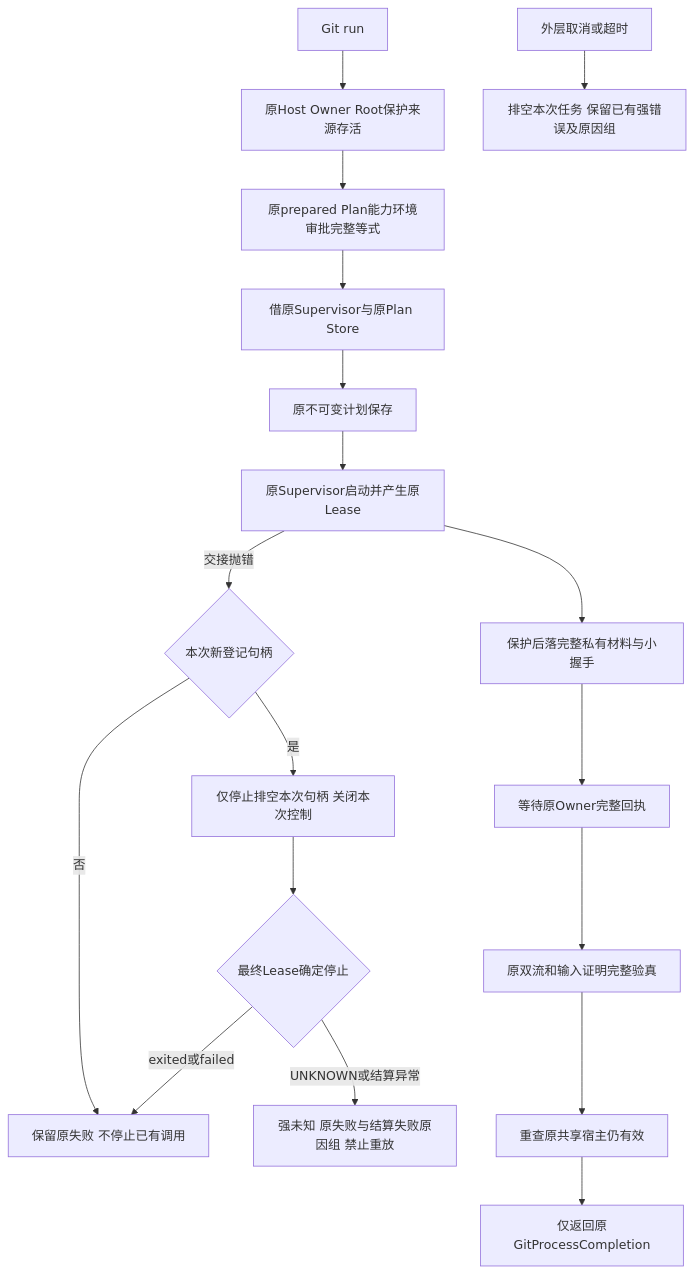
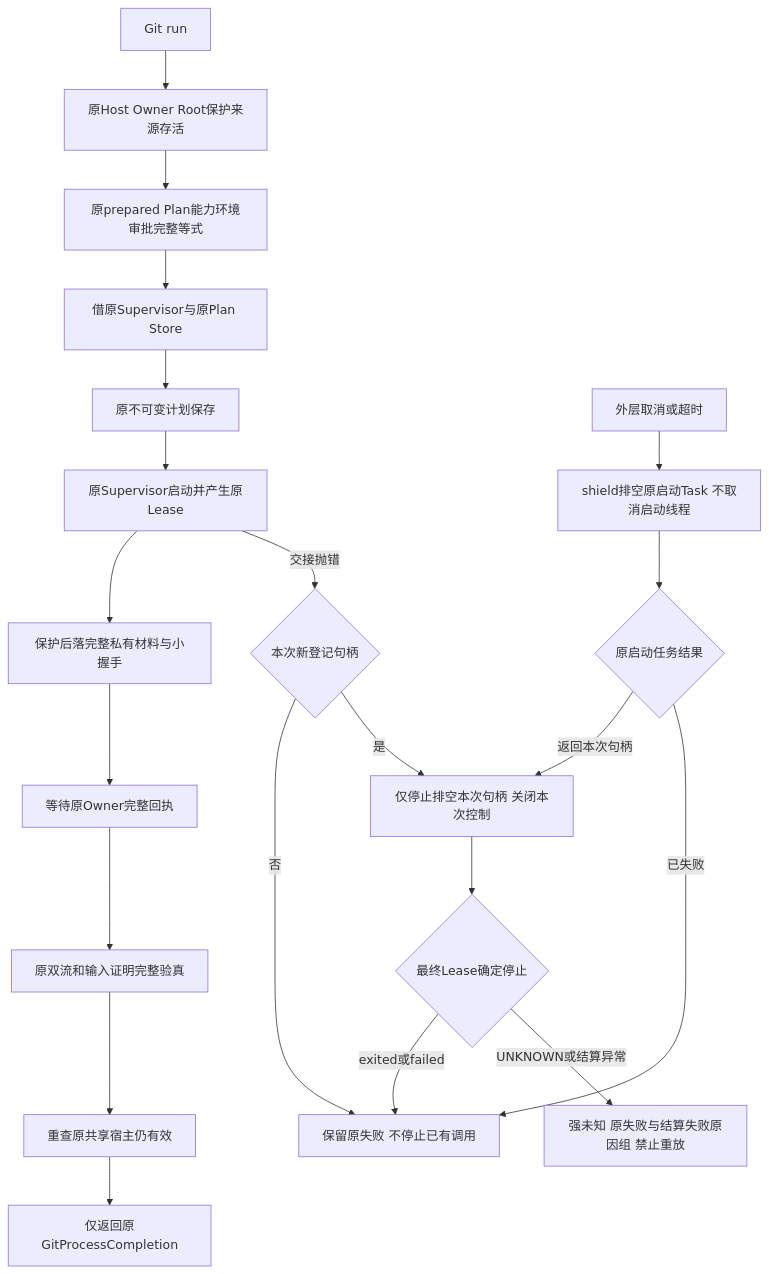
Before and after one commit to carrie1988/Harnessix: the second of 4 diagrams in docs/changes/m09-r4-git-shared-process-host.md, drawn with Mermaid. The commit also changed other lines of this file and 6 other files, not shown here.

````diff
--- a/docs/changes/m09-r4-git-shared-process-host.md
+++ b/docs/changes/m09-r4-git-shared-process-host.md
@@ -81,20 +82,23 @@
 ```mermaid
 flowchart TD
   Begin[Git run] --> Live[原Host Owner Root保护来源存活]
   Live --> Binding[原prepared Plan能力环境审批完整等式]
   Binding --> Borrow[借原Supervisor与原Plan Store]
   Borrow --> Save[原不可变计划保存]
   Save --> Start[原Supervisor启动并产生原Lease]
   Start --> Input[保护后落完整私有材料与小握手]
   Start -- 交接抛错 --> New{本次新登记句柄}
   New -- 否 --> Original[保留原失败 不停止已有调用]
   New -- 是 --> Settle[仅停止排空本次句柄 关闭本次控制]
   Settle --> Known{最终Lease确定停止}
   Known -- exited或failed --> Original
   Known -- UNKNOWN或结算异常 --> Unknown[强未知 原失败与结算失败原因组 禁止重放]
-  Outer[外层取消或超时] --> Drain[排空本次任务 保留已有强错误及原因组]
+  Outer[外层取消或超时] --> Drain[shield排空原启动Task 不取消启动线程]
+  Drain --> Started{原启动任务结果}
+  Started -- 返回本次句柄 --> Settle
+  Started -- 已失败 --> Original
   Input --> Receipt[等待原Owner完整回执]
   Receipt --> Raw[原双流和输入证明完整验真]
   Raw --> Final[重查原共享宿主仍有效]
   Final --> Return[仅返回原GitProcessCompletion]
 ```
````
